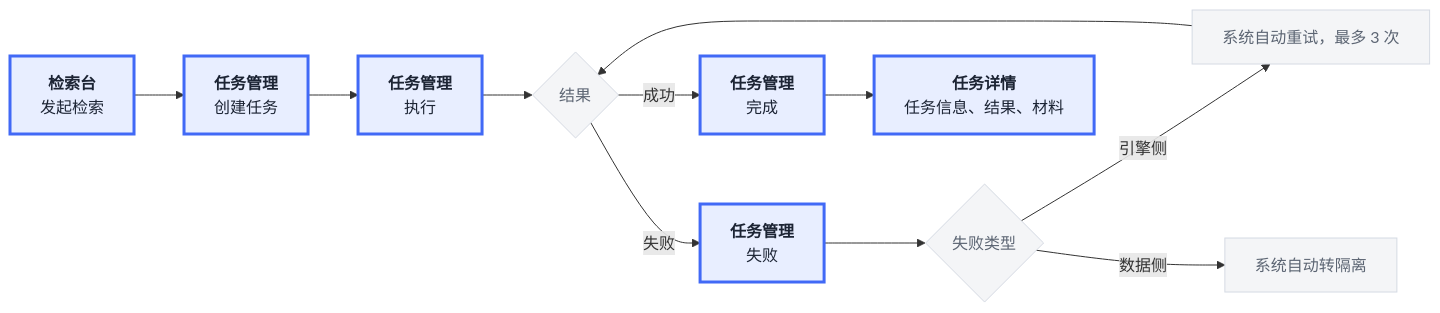
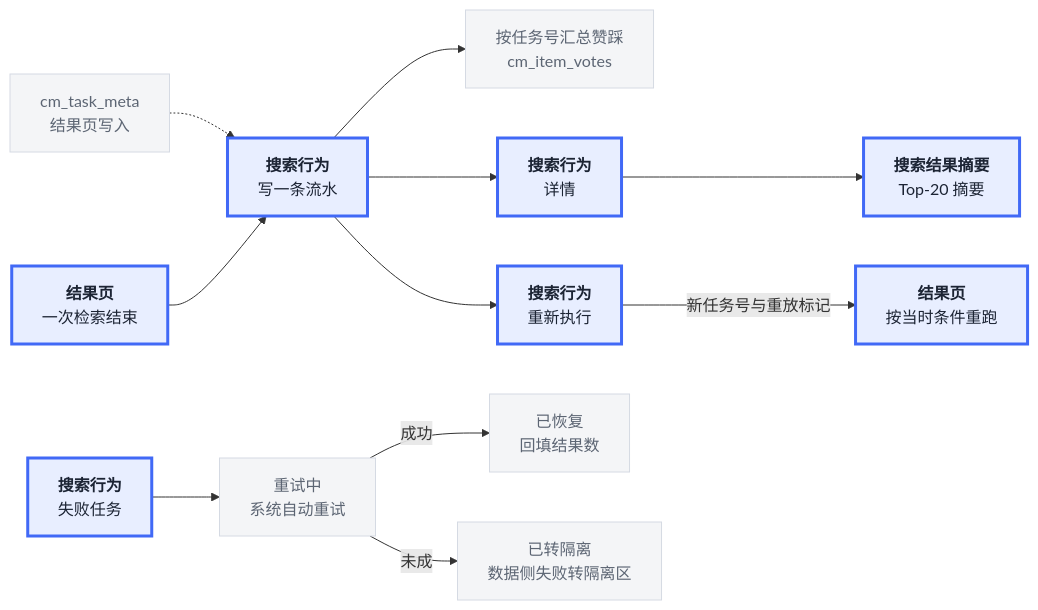
Before and after one commit to helichiyu/hyqx-cross-modal-retrieval: the fifth of 12 diagrams in docs/【数据流图】跨模态检索中心 · 系统数据流.md, drawn with Mermaid. The commit also changed other lines of this file and 10 other files, not shown here.

````diff
--- a/docs/【数据流图】跨模态检索中心 · 系统数据流.md
+++ b/docs/【数据流图】跨模态检索中心 · 系统数据流.md
@@ -189,18 +195,18 @@
 ```mermaid
 flowchart LR
-  A["<b>检索台</b><br/>发起检索"] --> B["<b>任务管理</b><br/>创建任务"]
-  B --> C["<b>任务管理</b><br/>执行"]
-  C --> D{结果}
-  D -->|成功| E["<b>任务管理</b><br/>完成"]
-  D -->|失败| F["<b>任务管理</b><br/>失败"]
-  F --> G{失败类型}
-  G -->|引擎侧| H["系统自动重试，最多 3 次"]
-  G -->|数据侧| I["系统自动转隔离"]
-  H --> D
-  E --> J["<b>任务详情</b><br/>任务信息、结果、材料"]
+  M["cm_task_meta<br/>结果页写入"] -.-> B["<b>搜索行为</b><br/>写一条流水"]
+  A["<b>结果页</b><br/>一次检索结束"] --> B
+  B --> C["按任务号汇总赞踩<br/>cm_item_votes"]
+  B --> D["<b>搜索行为</b><br/>详情"]
+  D --> E["<b>搜索结果摘要</b><br/>Top-20 摘要"]
+  B --> F["<b>搜索行为</b><br/>重新执行"]
+  F -->|新任务号与重放标记| G["<b>结果页</b><br/>按当时条件重跑"]
+  J["<b>搜索行为</b><br/>失败任务"] --> K["重试中<br/>系统自动重试"]
+  K -->|成功| L["已恢复<br/>回填结果数"]
+  K -->|未成| N["已转隔离<br/>数据侧失败转隔离区"]
 
   classDef l2 fill:#e8eeff,stroke:#4169f6,color:#1c2434,stroke-width:3px
   classDef step fill:#f4f5f7,stroke:#d5dae3,color:#5c6573,stroke-width:1px
-  class A,B,C,E,F,J l2
-  class D,G,H,I step
+  class A,B,D,E,F,G,J l2
+  class M,C,K,L,N step
 ```
````
